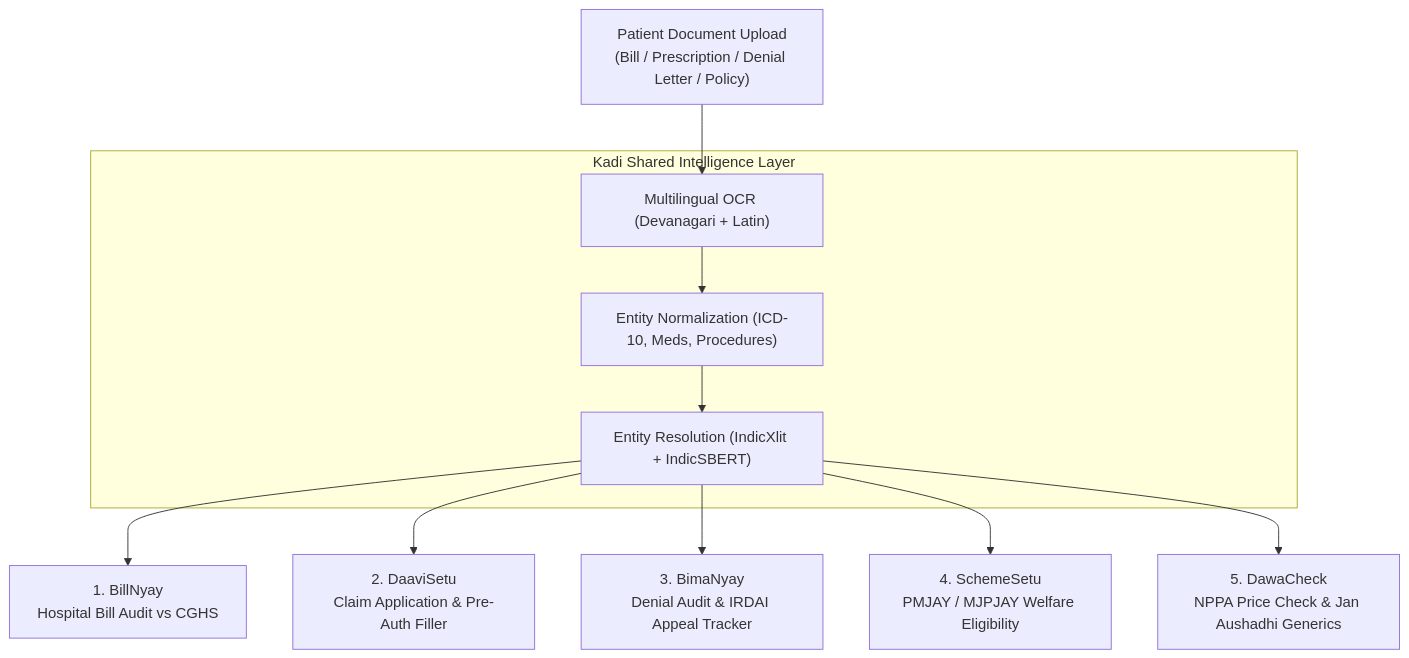
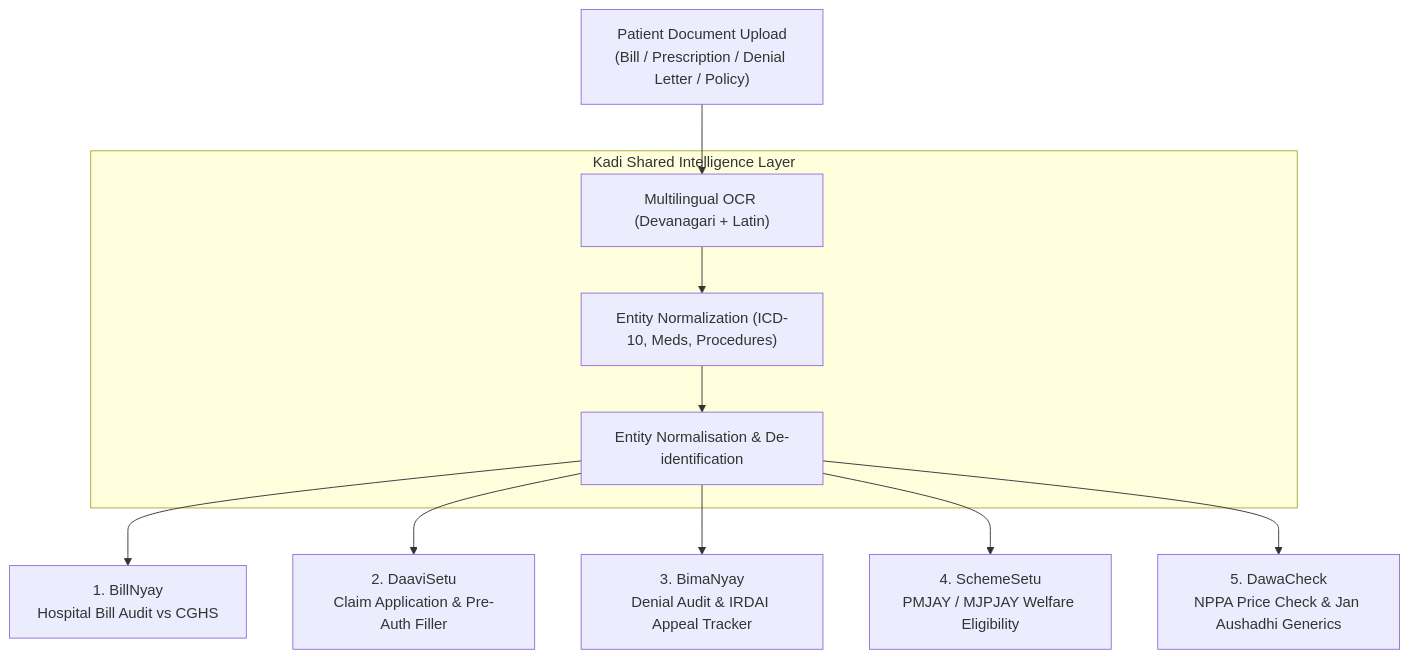
Before and after one commit to Viraj281105/Arogyarakshak: the diagram in README.md, drawn with Mermaid. The commit also changed other lines of this file and 47 other files, not shown here.

````diff
--- a/README.md
+++ b/README.md
@@ -56,18 +56,18 @@
 ```mermaid
 flowchart TD
     Doc["Patient Document Upload<br/>(Bill / Prescription / Denial Letter / Policy)"]
     
     subgraph KadiLayer ["Kadi Shared Intelligence Layer"]
         OCR["Multilingual OCR (Devanagari + Latin)"]
         Extract["Entity Normalization (ICD-10, Meds, Procedures)"]
-        Resolve["Entity Resolution (IndicXlit + IndicSBERT)"]
+        Resolve["Entity Normalisation & De-identification"]
     end
 
     Doc --> OCR --> Extract --> Resolve
 
     Resolve --> BN["1. BillNyay<br/>Hospital Bill Audit vs CGHS"]
     Resolve --> DS["2. DaaviSetu<br/>Claim Application & Pre-Auth Filler"]
     Resolve --> BMN["3. BimaNyay<br/>Denial Audit & IRDAI Appeal Tracker"]
     Resolve --> SS["4. SchemeSetu<br/>PMJAY / MJPJAY Welfare Eligibility"]
     Resolve --> DC["5. DawaCheck<br/>NPPA Price Check & Jan Aushadhi Generics"]
 ```
````
